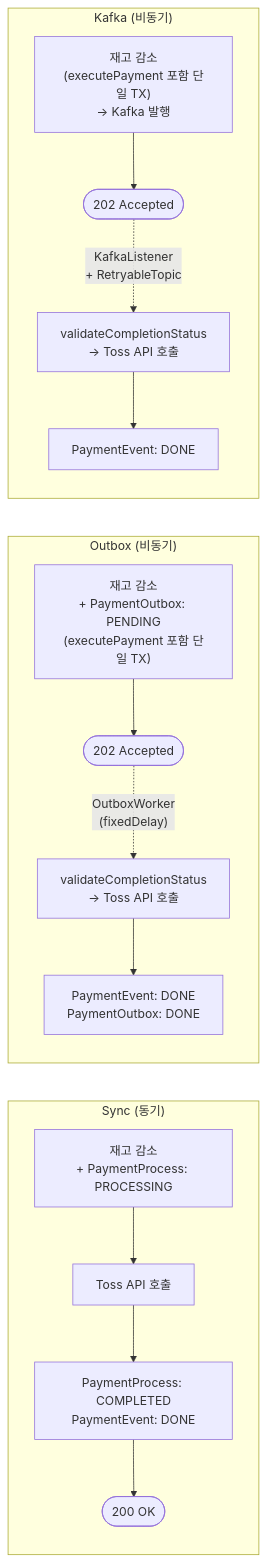
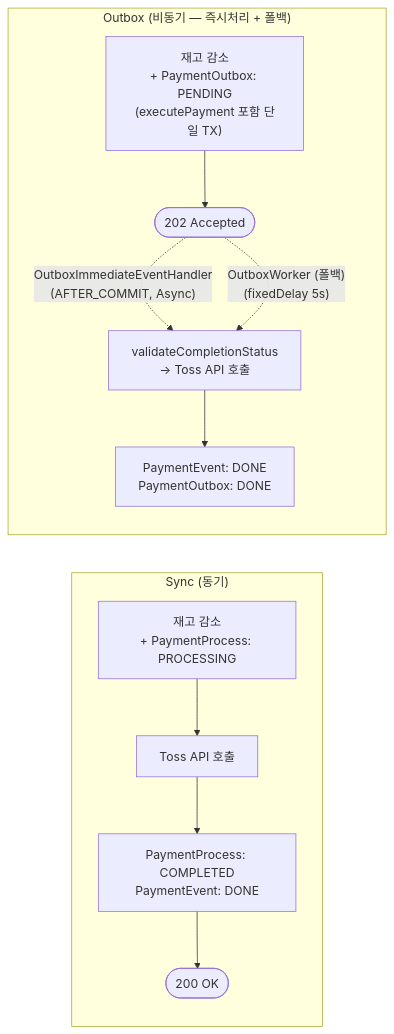
The seventh of 8 diagrams in docs/context/CONFIRM-FLOW-FLOWCHART.md (hyoguoo/payment-platform), drawn with Mermaid before and after one commit. The commit also changed other lines of this file and 2 other files, not shown here.

First line of the commit message:
docs: context 문서를 Outbox 즉시 처리 전략에 맞게 갱신

````diff
--- a/docs/context/CONFIRM-FLOW-FLOWCHART.md
+++ b/docs/context/CONFIRM-FLOW-FLOWCHART.md
@@ -332,23 +316,17 @@
 ```mermaid
 flowchart LR
     subgraph Sync["Sync (동기)"]
         direction TB
         S1["재고 감소\n+ PaymentProcess: PROCESSING"] --> S2["Toss API 호출"]
         S2 --> S3["PaymentProcess: COMPLETED\nPaymentEvent: DONE"]
         S3 --> S4([200 OK])
     end
 
-    subgraph Outbox["Outbox (비동기)"]
+    subgraph Outbox["Outbox (비동기 — 즉시처리 + 폴백)"]
         direction TB
         O1["재고 감소\n+ PaymentOutbox: PENDING\n(executePayment 포함 단일 TX)"] --> O2([202 Accepted])
-        O2 -.->|"OutboxWorker\n(fixedDelay)"| O3["validateCompletionStatus\n→ Toss API 호출"]
+        O2 -.->|"OutboxImmediateEventHandler\n(AFTER_COMMIT, Async)"| O3["validateCompletionStatus\n→ Toss API 호출"]
+        O2 -.->|"OutboxWorker (폴백)\n(fixedDelay 5s)"| O3
         O3 --> O4["PaymentEvent: DONE\nPaymentOutbox: DONE"]
     end
-
-    subgraph Kafka["Kafka (비동기)"]
-        direction TB
-        K1["재고 감소\n(executePayment 포함 단일 TX)\n→ Kafka 발행"] --> K2([202 Accepted])
-        K2 -.->|"KafkaListener\n+ RetryableTopic"| K3["validateCompletionStatus\n→ Toss API 호출"]
-        K3 --> K4["PaymentEvent: DONE"]
-    end
 ```
````
